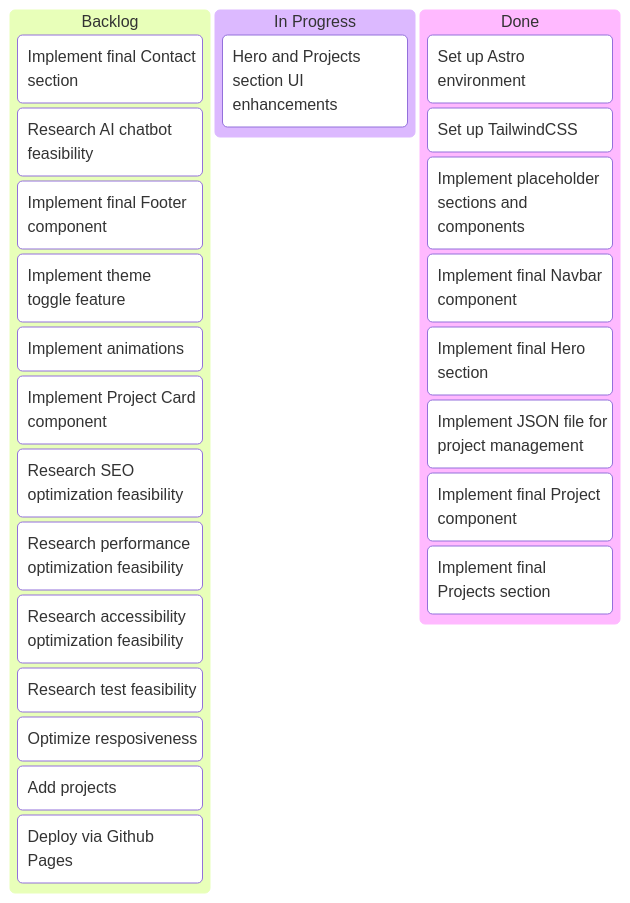
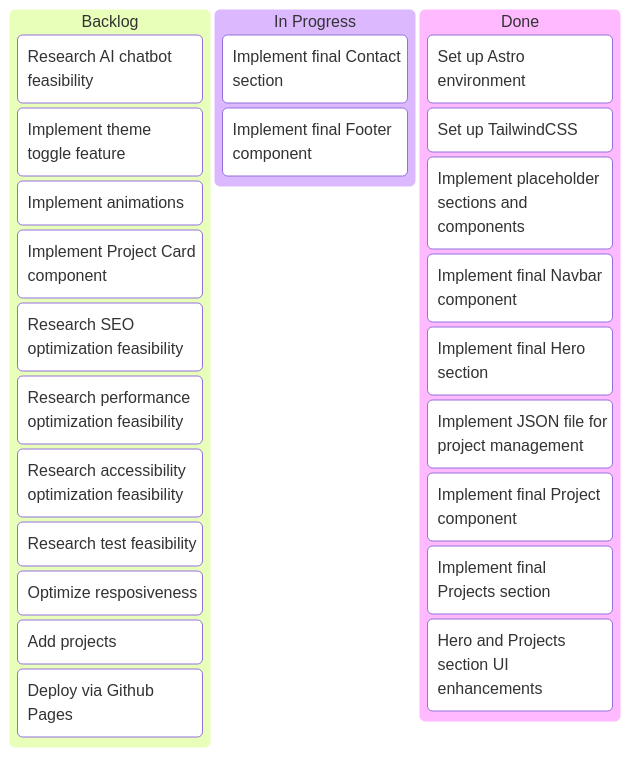
One commit to CantarinoG/portfolio changed the diagram in docs/kanban.md. Above: the diagram before and after it, drawn with Mermaid. The commit also changed other lines of this file and 1 other file, not shown here.

Commit message:
feat: Add Contact Section spacer

````diff
--- a/docs/kanban.md
+++ b/docs/kanban.md
@@ -1,28 +1,28 @@
 ```mermaid
 kanban
   stage1[Backlog]
-    card12[Implement final Contact section]
     card13[Research AI chatbot feasibility]
-    card14[Implement final Footer component]
     card15[Implement theme toggle feature]
     card16[Implement animations]
     card27[Implement Project Card component]
     card17[Research SEO optimization feasibility]
     card18[Research performance optimization feasibility]
     card19[Research accessibility optimization feasibility]
     card21[Research test feasibility]
     card23[Optimize resposiveness]
     card25[Add projects]
     card20[Deploy via Github Pages]
   stage2[In Progress]
-    card26[Hero and Projects section UI enhancements]
+    card12[Implement final Contact section]
+    card14[Implement final Footer component]
   stage3[Done]
     card1[Set up Astro environment]
     card24[Set up TailwindCSS]
     card5[Implement placeholder sections and components]
     card6[Implement final Navbar component]
     card7[Implement final Hero section]
     card22[Implement JSON file for project management]
     card8[Implement final Project component]
     card11[Implement final Projects section]
+    card26[Hero and Projects section UI enhancements]
 ```
````
